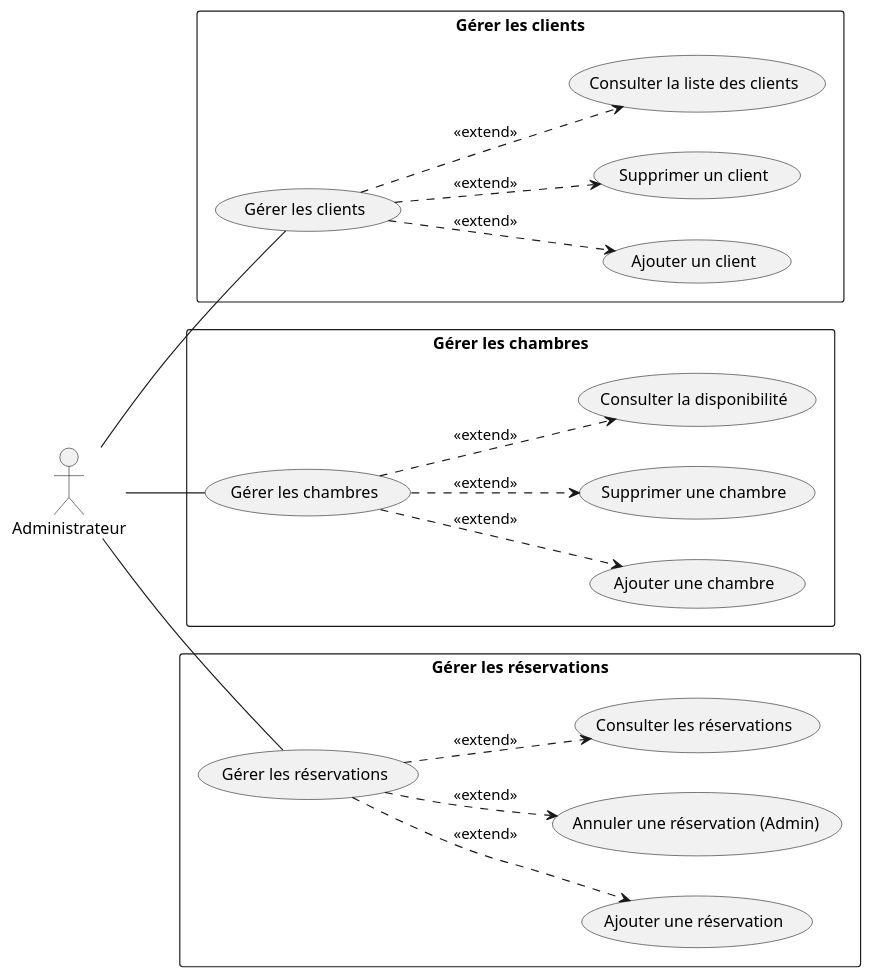
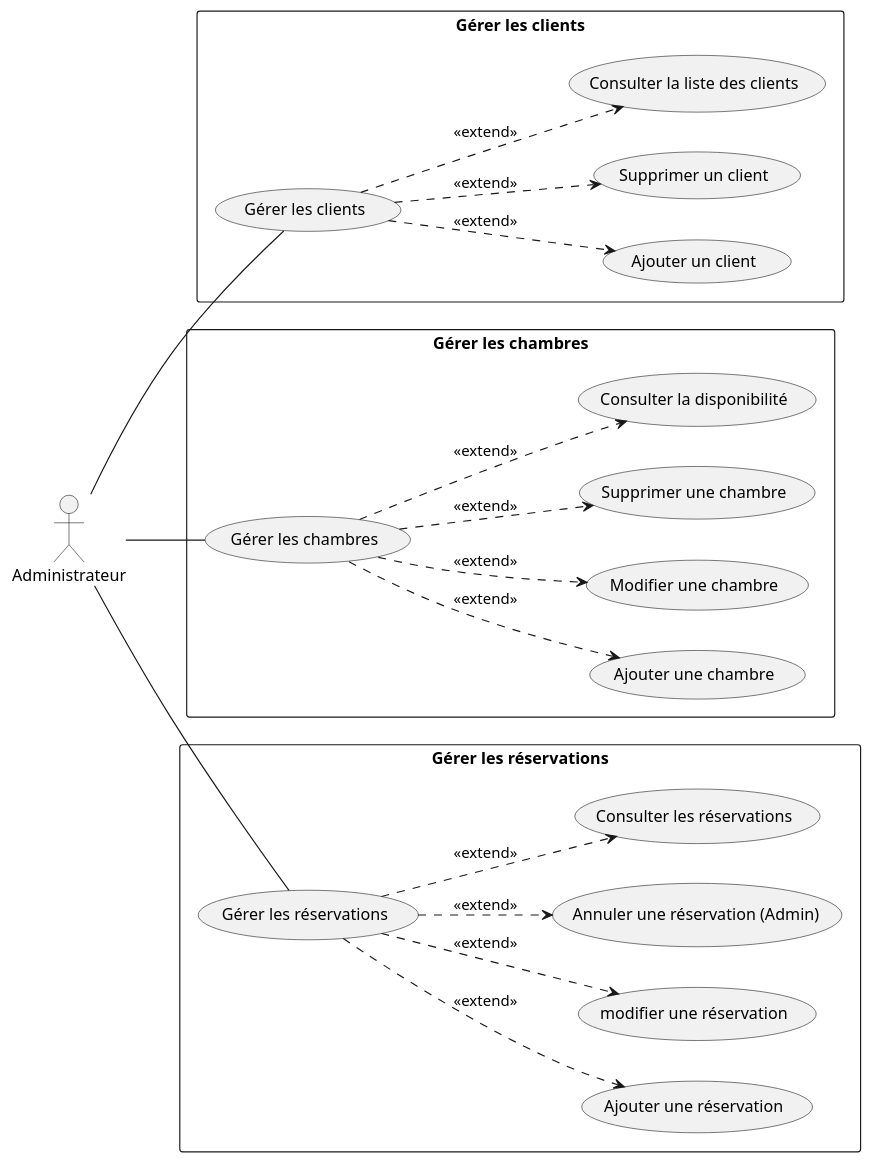
The diagram in raffinement_cas_utilisation.pu (ilefmarouani/GithubAGL), drawn with PlantUML before and after one commit.

```diff
--- a/raffinement_cas_utilisation.pu
+++ b/raffinement_cas_utilisation.pu
@@ -1,48 +1,48 @@
 @startuml
 left to right direction
 
 actor Administrateur
 
 rectangle "Gérer les clients" {
   usecase "Gérer les clients" as UC6
   usecase "Ajouter un client" as UC6_1
   
   usecase "Supprimer un client" as UC6_3
   usecase "Consulter la liste des clients" as UC6_4
   
   UC6 ..> UC6_1 : <<extend>>
   
   UC6 ..> UC6_3 : <<extend>>
   UC6 ..> UC6_4 : <<extend>>
 }
 
 rectangle "Gérer les chambres" {
   usecase "Gérer les chambres" as UC7
   usecase "Ajouter une chambre" as UC7_1
-  
+   usecase "Modifier une chambre" as UC7_2
   usecase "Supprimer une chambre" as UC7_3
   usecase "Consulter la disponibilité" as UC7_4
 
   UC7 ..> UC7_1 : <<extend>>
-  
+  UC7 ..> UC7_2 : <<extend>>
   UC7 ..> UC7_3 : <<extend>>
   UC7 ..> UC7_4 : <<extend>>
 }
 
 rectangle "Gérer les réservations" {
   usecase "Gérer les réservations" as UC8
   usecase "Ajouter une réservation" as UC8_1
-  
+  usecase "modifier une réservation" as UC8_2
   usecase "Annuler une réservation (Admin)" as UC8_3
   usecase "Consulter les réservations" as UC8_4
 
   UC8 ..> UC8_1 : <<extend>>
-  
+   UC8 ..> UC8_2 : <<extend>>
   UC8 ..> UC8_3 : <<extend>>
   UC8 ..> UC8_4 : <<extend>>
 }
 
 Administrateur -- UC6
 Administrateur -- UC7
 Administrateur -- UC8
 @enduml
```
